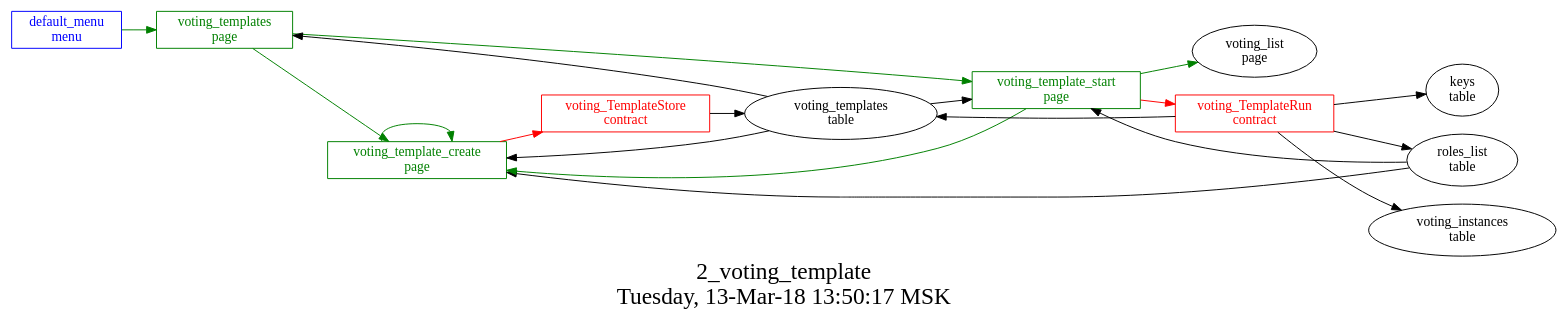
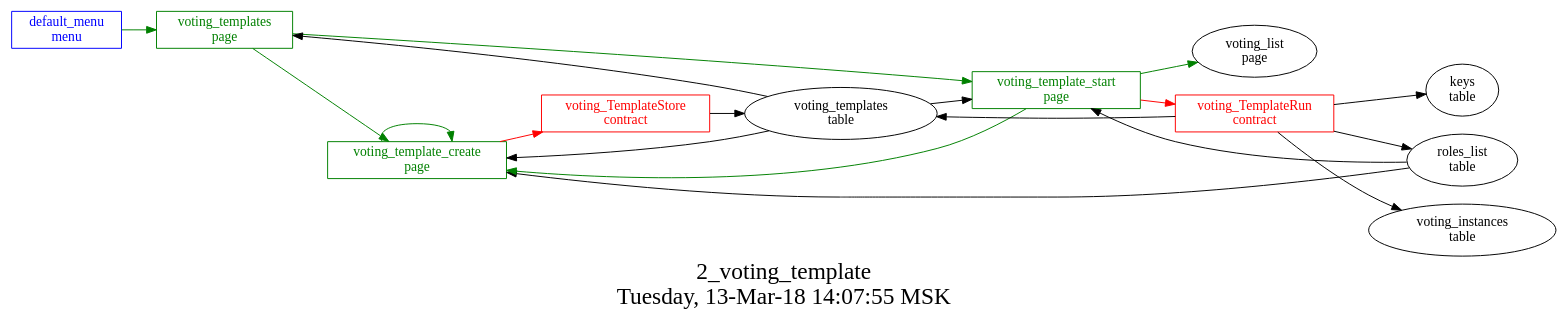
Before and after one commit to AplaProject/apps: the diagram in src/basic/basic_main/2_voting_templates/struct.dot, drawn with Graphviz. The commit also changed 5 other files, not shown here.

```diff
--- a/src/basic/basic_main/2_voting_templates/struct.dot
+++ b/src/basic/basic_main/2_voting_templates/struct.dot
@@ -1,35 +1,35 @@
 digraph G {
 graph [
   fontsize="24";
-  label="2_voting_template\nTuesday, 13-Mar-18 13:50:17 MSK";
+  label="2_voting_template\nTuesday, 13-Mar-18 14:07:55 MSK";
   nojustify=true;
   ordering=out;
   rankdir=LR;
   size="30";
 ];
 "default_menu\nmenu" -> "voting_templates\npage"  [ color=green ]
 "default_menu\nmenu" [color=blue, fontcolor=blue, group=menus, shape=record];
 "voting_template_create\npage" -> "voting_TemplateStore\ncontract"  [ color=red ]
 "voting_templates\ntable" -> "voting_template_create\npage"  [ color="" ]
 "roles_list\ntable" -> "voting_template_create\npage"  [ color="" ]
 "voting_template_create\npage" -> "voting_template_create\npage"  [ color=green ]
 "voting_template_create\npage" [color=green, fontcolor=green, group=pages, shape=record];
 "voting_template_start\npage" -> "voting_TemplateRun\ncontract"  [ color=red ]
 "voting_templates\ntable" -> "voting_template_start\npage"  [ color="" ]
 "roles_list\ntable" -> "voting_template_start\npage"  [ color="" ]
 "voting_template_start\npage" -> "voting_template_create\npage"  [ color=green ]
 "voting_template_start\npage" -> "voting_list\npage"  [ color=green ]
 "voting_template_start\npage" [color=green, fontcolor=green, group=pages, shape=record];
 "voting_templates\ntable" -> "voting_templates\npage"  [ color="" ]
 "voting_templates\npage" -> "voting_template_start\npage"  [ color=green ]
 "voting_templates\npage" -> "voting_template_create\npage"  [ color=green ]
 "voting_templates\npage" [color=green, fontcolor=green, group=pages, shape=record];
 "voting_TemplateRun\ncontract" -> "voting_templates\ntable"  [ color="" ]
 "voting_TemplateRun\ncontract" -> "keys\ntable"  [ color="" ]
 "voting_TemplateRun\ncontract" -> "roles_list\ntable"  [ color="" ]
 "voting_TemplateRun\ncontract" -> "voting_instances\ntable"  [ color="" ]
 "voting_TemplateRun\ncontract" [color=red, fontcolor=red, group=contracts, shape=record];
 "voting_TemplateStore\ncontract" -> "voting_templates\ntable"  [ color="" ]
 "voting_TemplateStore\ncontract" [color=red, fontcolor=red, group=contracts, shape=record];
 "voting_templates\ntable" [color="", fontcolor="", group=tables, shape=""];
 }
```
